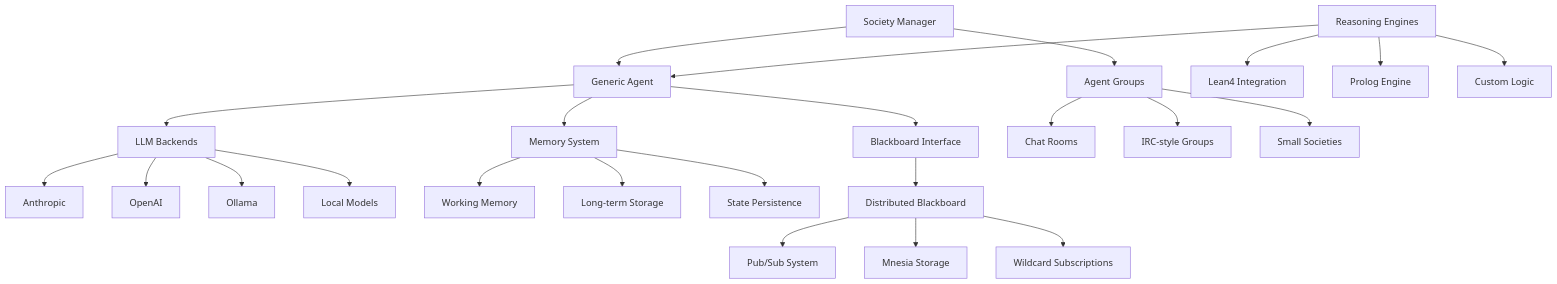
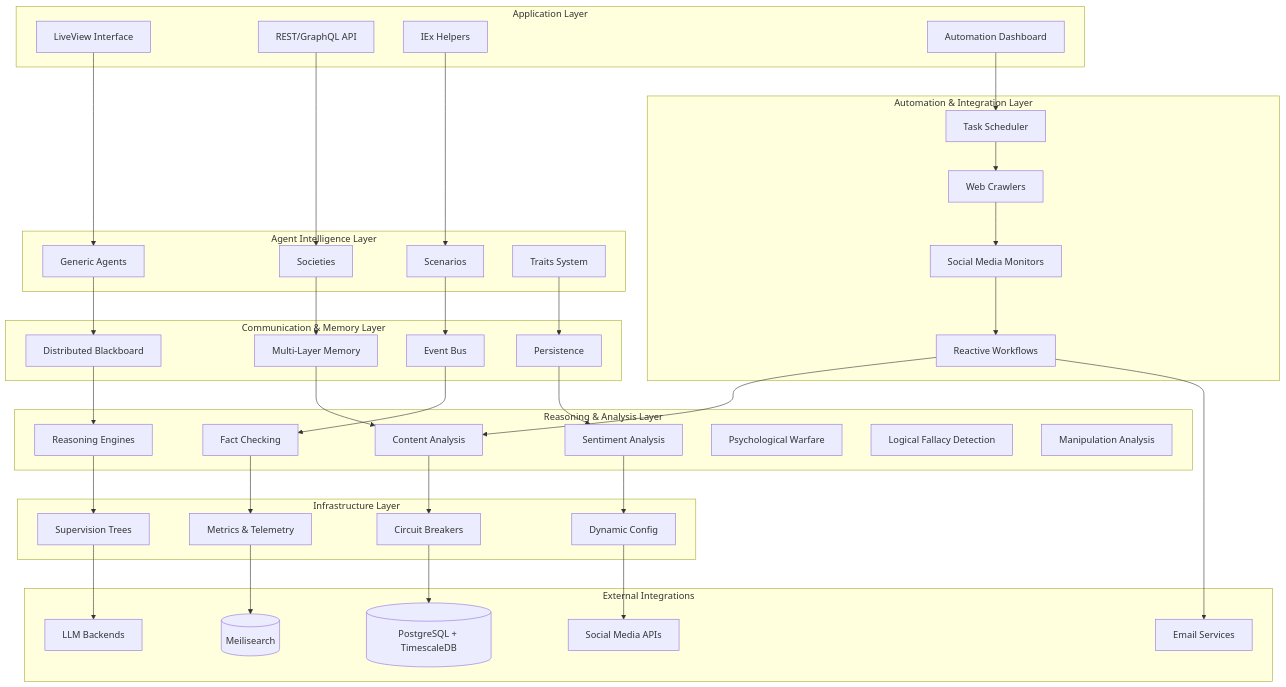
The diagram in docs/development-plan.md (korczis/prismatic), drawn with Mermaid before and after one commit. The commit also changed other lines of this file and 9 other files, not shown here.

````diff
--- a/docs/development-plan.md
+++ b/docs/development-plan.md
@@ -16,31 +18,87 @@
 ```mermaid
 graph TB
-    A[Generic Agent] --> B[LLM Backends]
-    A --> C[Memory System]
-    A --> D[Blackboard Interface]
+    subgraph "Application Layer"
+        UI[LiveView Interface]
+        API[REST/GraphQL API]
+        IEX[IEx Helpers]
+        AUTO[Automation Dashboard]
+    end
     
-    B --> B1[Anthropic]
-    B --> B2[OpenAI]
-    B --> B3[Ollama]
-    B --> B4[Local Models]
+    subgraph "Agent Intelligence Layer"
+        AG[Generic Agents]
+        SOC[Societies]
+        SCEN[Scenarios]
+        TRAIT[Traits System]
+    end
     
-    C --> C1[Working Memory]
-    C --> C2[Long-term Storage]
-    C --> C3[State Persistence]
+    subgraph "Automation & Integration Layer"
+        SCHED[Task Scheduler]
+        CRAWL[Web Crawlers]
+        SOCIAL[Social Media Monitors]
+        REACT[Reactive Workflows]
+    end
     
-    D --> E[Distributed Blackboard]
-    E --> E1[Pub/Sub System]
-    E --> E2[Mnesia Storage]
-    E --> E3[Wildcard Subscriptions]
+    subgraph "Communication & Memory Layer"
+        BB[Distributed Blackboard]
+        MEM[Multi-Layer Memory]
+        EVT[Event Bus]
+        PERS[Persistence]
+    end
     
-    F[Society Manager] --> A
-    F --> G[Agent Groups]
-    G --> G1[Chat Rooms]
-    G --> G2[IRC-style Groups]
-    G --> G3[Small Societies]
+    subgraph "Reasoning & Analysis Layer"
+        REASON[Reasoning Engines]
+        ANALYSIS[Content Analysis]
+        FACT[Fact Checking]
+        SENT[Sentiment Analysis]
+        PSYWAR[Psychological Warfare]
+        FALLACY[Logical Fallacy Detection]
+        MANIP[Manipulation Analysis]
+    end
     
-    H[Reasoning Engines] --> A
-    H --> H1[Lean4 Integration]
-    H --> H2[Prolog Engine]
-    H --> H3[Custom Logic]
+    subgraph "Infrastructure Layer"
+        SUPER[Supervision Trees]
+        CIRCUIT[Circuit Breakers]
+        METRICS[Metrics & Telemetry]
+        CONFIG[Dynamic Config]
+    end
+    
+    subgraph "External Integrations"
+        LLM[LLM Backends]
+        DB[(PostgreSQL + TimescaleDB)]
+        SEARCH[(Meilisearch)]
+        SOCIAL_API[Social Media APIs]
+        EMAIL[Email Services]
+    end
+    
+    UI --> AG
+    API --> SOC
+    IEX --> SCEN
+    AUTO --> SCHED
+    
+    AG --> BB
+    SOC --> MEM
+    SCEN --> EVT
+    TRAIT --> PERS
+    
+    SCHED --> CRAWL
+    CRAWL --> SOCIAL
+    SOCIAL --> REACT
+    REACT --> ANALYSIS
+    
+    BB --> REASON
+    MEM --> ANALYSIS
+    EVT --> FACT
+    PERS --> SENT
+    
+    REASON --> SUPER
+    ANALYSIS --> CIRCUIT
+    FACT --> METRICS
+    SENT --> CONFIG
+    
+    SUPER --> LLM
+    CIRCUIT --> DB
+    METRICS --> SEARCH
+    CONFIG --> SOCIAL_API
+    
+    REACT --> EMAIL
 ```
````
